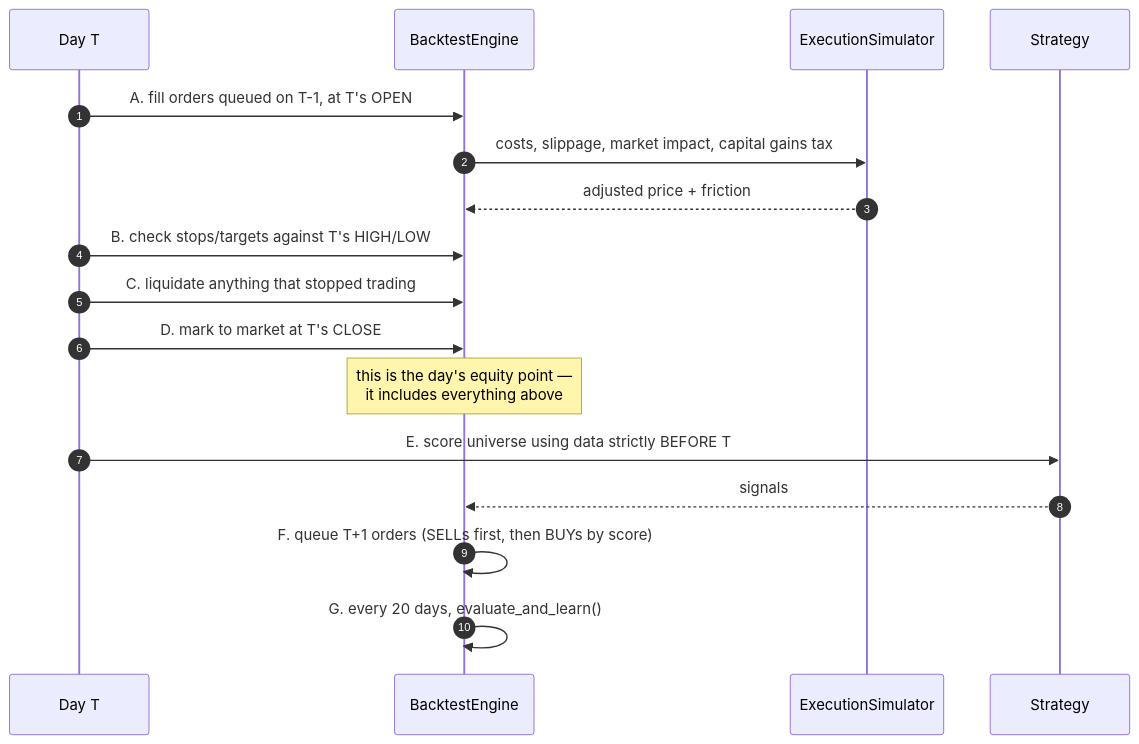
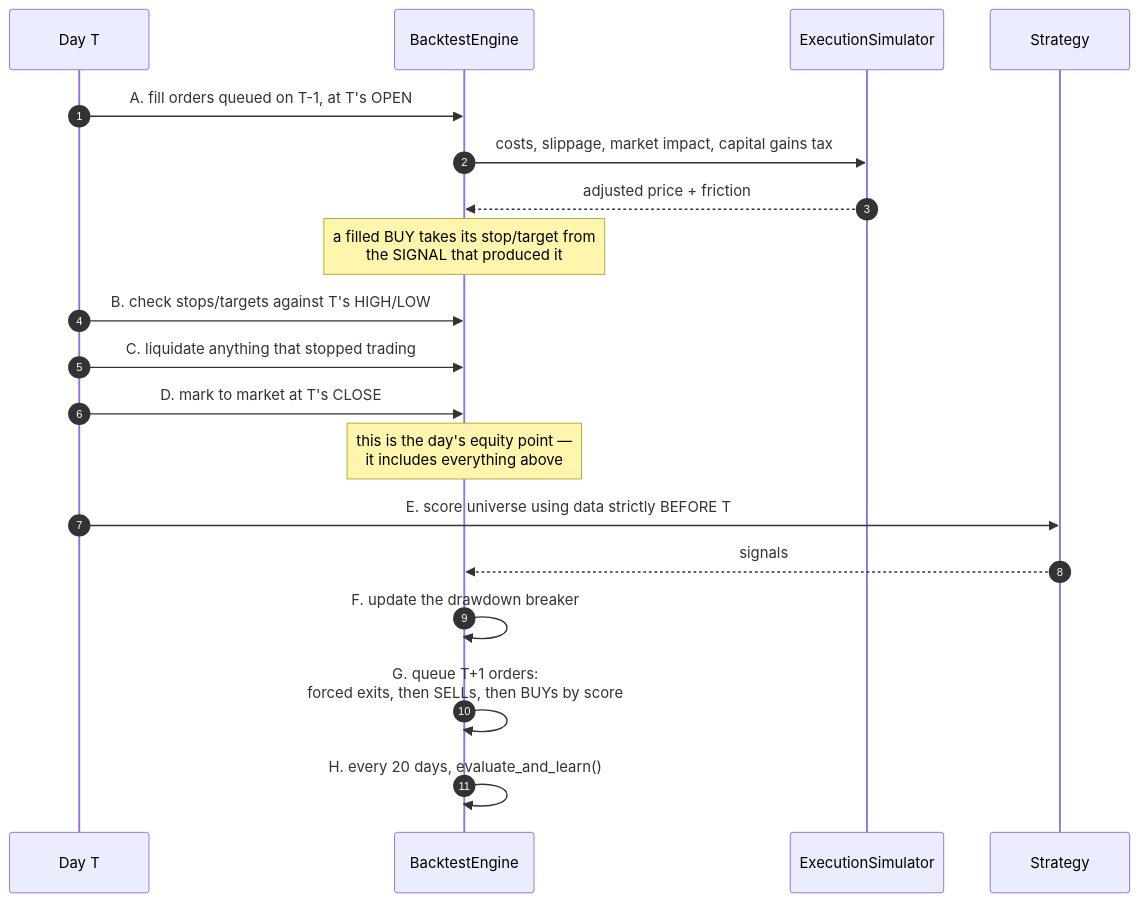
The tenth of 15 diagrams in docs/ARCHITECTURE.md (3dwag98/afa), drawn with Mermaid before and after one commit. The commit also changed other lines of this file and 3 other files, not shown here.

First line of the commit message:
Align ARCHITECTURE and STRATEGIES with the current framework

````diff
--- a/docs/ARCHITECTURE.md
+++ b/docs/ARCHITECTURE.md
@@ -397,20 +426,22 @@
 ```mermaid
 sequenceDiagram
     autonumber
     participant D as Day T
     participant E as BacktestEngine
     participant X as ExecutionSimulator
     participant S as Strategy
 
     D->>E: A. fill orders queued on T-1, at T's OPEN
     E->>X: costs, slippage, market impact, capital gains tax
     X-->>E: adjusted price + friction
+    Note over E: a filled BUY takes its stop/target from<br/>the SIGNAL that produced it
     D->>E: B. check stops/targets against T's HIGH/LOW
     D->>E: C. liquidate anything that stopped trading
     D->>E: D. mark to market at T's CLOSE
     Note over E: this is the day's equity point —<br/>it includes everything above
     D->>S: E. score universe using data strictly BEFORE T
     S-->>E: signals
-    E->>E: F. queue T+1 orders (SELLs first, then BUYs by score)
-    E->>E: G. every 20 days, evaluate_and_learn()
+    E->>E: F. update the drawdown breaker
+    E->>E: G. queue T+1 orders:<br/>forced exits, then SELLs, then BUYs by score
+    E->>E: H. every 20 days, evaluate_and_learn()
 ```
````
